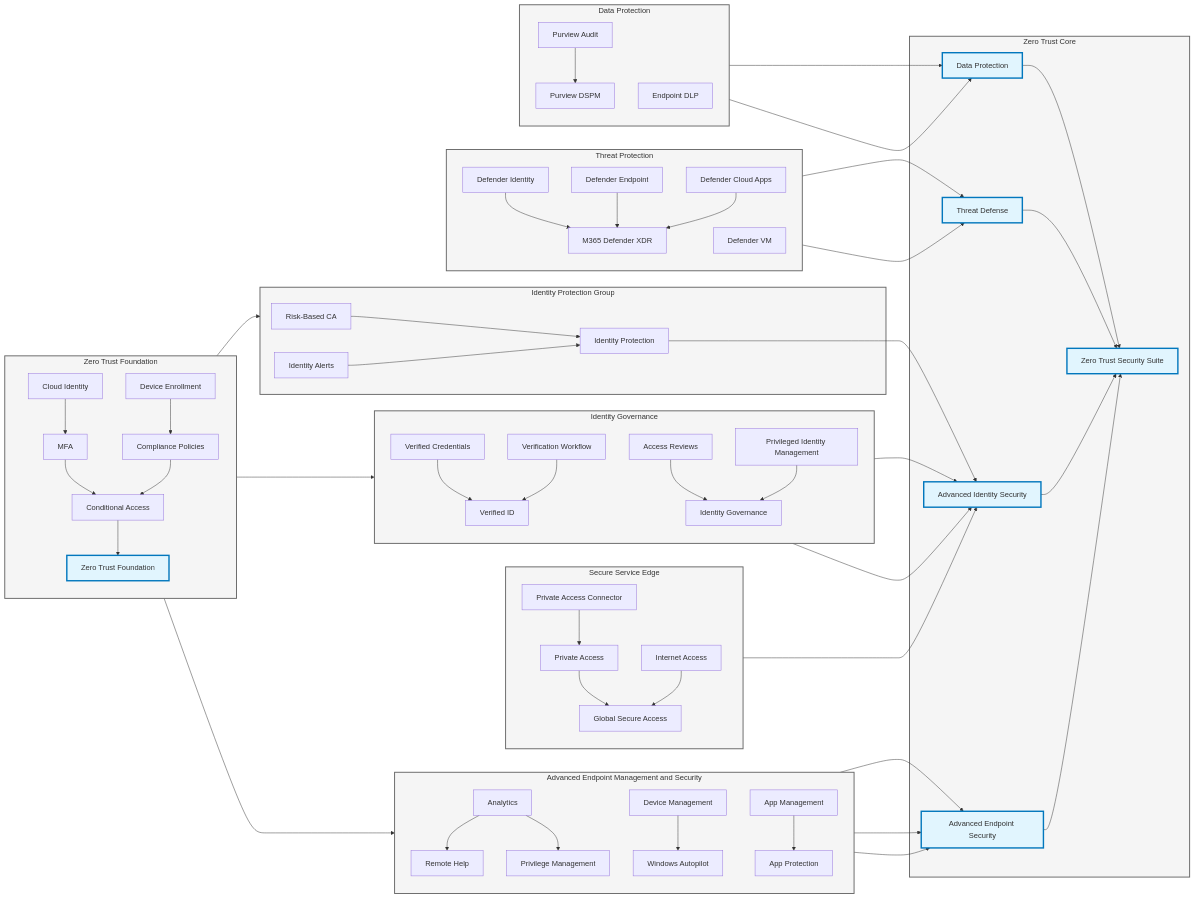
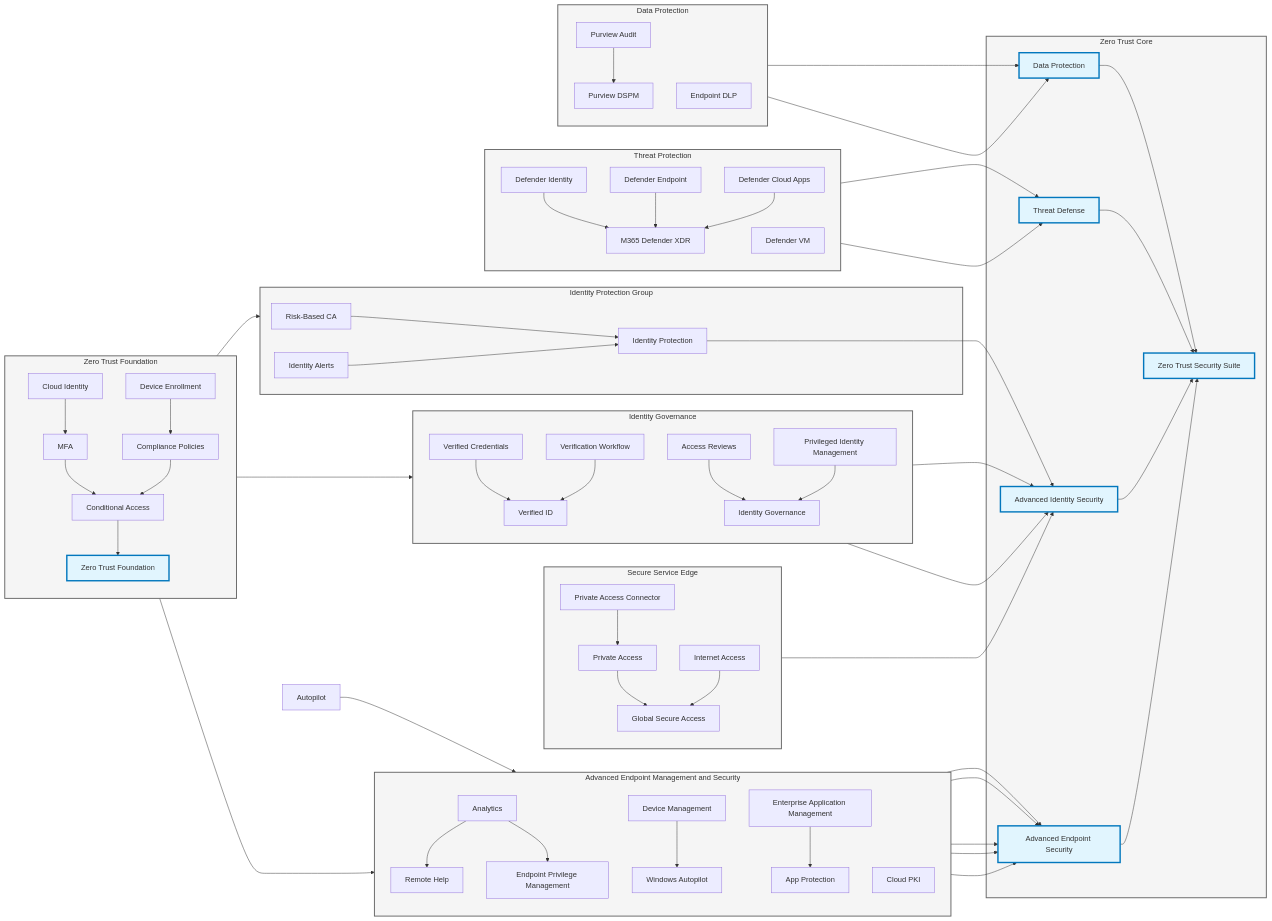
The diagram in DetailedDiagram.md (jessesuna/SecDepGuidance), drawn with Mermaid before and after one commit. The commit also changed 1 other file, not shown here.

Commit message:
Update to include Cloud PKI

```diff
--- a/DetailedDiagram.md
+++ b/DetailedDiagram.md
@@ -16,12 +16,12 @@
                     SecureID --> Zero
                     IntuneSuite --> Zero
 
-                %% Add click events for core components
-                click Zero "https://learn.microsoft.com/en-us/security/zero-trust/zero-trust-overview" _blank
-                click Data "https://learn.microsoft.com/en-us/purview/data-protection" _blank
-                click Threats "https://learn.microsoft.com/en-us/microsoft-365/security/defender/microsoft-365-defender" _blank
-                click SecureID "https://learn.microsoft.com/en-us/entra/identity/identity-overview-azure-portal" _blank
-                click IntuneSuite "https://learn.microsoft.com/en-us/mem/intune/fundamentals/what-is-intune" _blank
+                    %% Add click events for core components
+                    click Zero "https://learn.microsoft.com/en-us/security/zero-trust/zero-trust-overview" _blank
+                    click Data "https://learn.microsoft.com/en-us/purview/data-protection" _blank
+                    click Threats "https://learn.microsoft.com/en-us/microsoft-365/security/defender/microsoft-365-defender" _blank
+                    click SecureID "https://learn.microsoft.com/en-us/entra/identity/identity-overview-azure-portal" _blank
+                    click IntuneSuite "https://learn.microsoft.com/en-us/mem/intune/fundamentals/what-is-intune" _blank
 
                 %% Group Data Security components
                         subgraph DataProtection["Data Protection"]
@@ -109,6 +109,7 @@
                 end
                 IDProtection --> SecureID
 
+            
                 %% Add click events for Identity Protection components
                 click RCA "https://learn.microsoft.com/en-us/entra/identity/conditional-access/howto-conditional-access-policy-risk" _blank
                 click IDProtection "https://learn.microsoft.com/en-us/entra/id-protection/overview-identity-protection" _blank
@@ -144,19 +145,23 @@
                     direction TB
                     EndpointAnalytics["Analytics"]
                     RemoteHelp["Remote Help"]
-                    EPM["Privilege Management"]
+                    EPM["Endpoint Privilege Management"]
                     SpecializedDevices["Device Management"]
                     AutoPilot["Windows Autopilot"]
-                    AppManagement["App Management"]
+                    AppManagement["Enterprise Application Management"]
                     AppProtection["App Protection"]
+                    Cloudpki["Cloud PKI"]
                 end
                 EndpointAnalytics --> RemoteHelp
                 EndpointAnalytics --> EPM
                 SpecializedDevices --> AutoPilot
                 AppManagement --> AppProtection
                 EndpointAnalytics --> IntuneSuite
-                AutoPilot --> IntuneSuite
                 AppManagement --> IntuneSuite
+                Cloudpki --> IntuneSuite
+                Autopilot --> SpecializedDevices
+                RemoteHelp --> IntuneSuite
+                EPM --> IntuneSuite
 
                 %% Add click events for Endpoint Management components
                 click EndpointAnalytics "https://learn.microsoft.com/en-us/mem/analytics/" _blank
```
